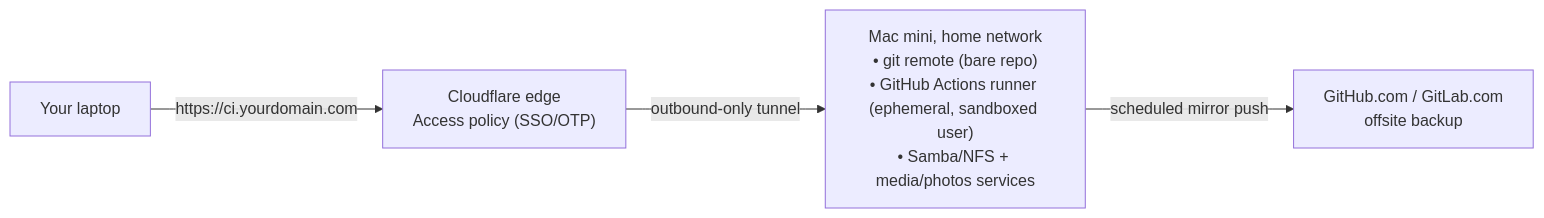
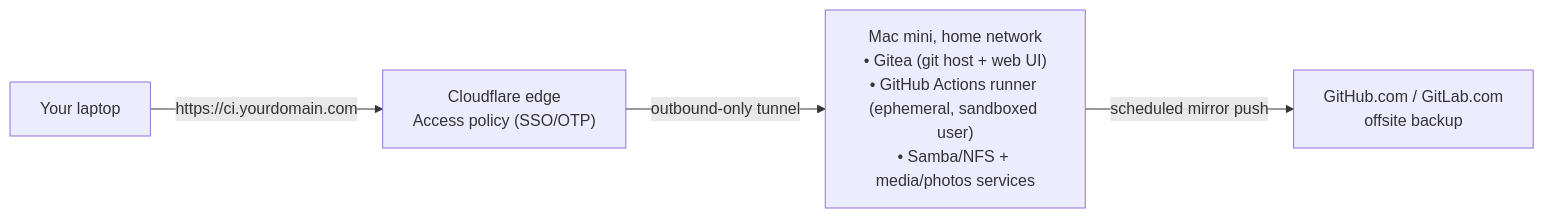
Before and after one commit to molayab/molayab.github.io: the diagram in _posts/2026-07-27-mac-mini-home-server.md, drawn with Mermaid. The commit also changed other lines of this file and 2 other files, not shown here.

First line of the commit message:
Switch home-server git hosting to Gitea, add companion install post (#20)

````diff
--- a/_posts/2026-07-27-mac-mini-home-server.md
+++ b/_posts/2026-07-27-mac-mini-home-server.md
@@ -23,6 +23,6 @@
 ```mermaid
 flowchart LR
     laptop["Your laptop"] -->|"https://ci.yourdomain.com"| edge["Cloudflare edge<br/>Access policy (SSO/OTP)"]
-    edge -->|"outbound-only tunnel"| mac["Mac mini, home network<br/>• git remote (bare repo)<br/>• GitHub Actions runner (ephemeral, sandboxed user)<br/>• Samba/NFS + media/photos services"]
+    edge -->|"outbound-only tunnel"| mac["Mac mini, home network<br/>• Gitea (git host + web UI)<br/>• GitHub Actions runner (ephemeral, sandboxed user)<br/>• Samba/NFS + media/photos services"]
     mac -->|"scheduled mirror push"| offsite["GitHub.com / GitLab.com<br/>offsite backup"]
 ```
````
